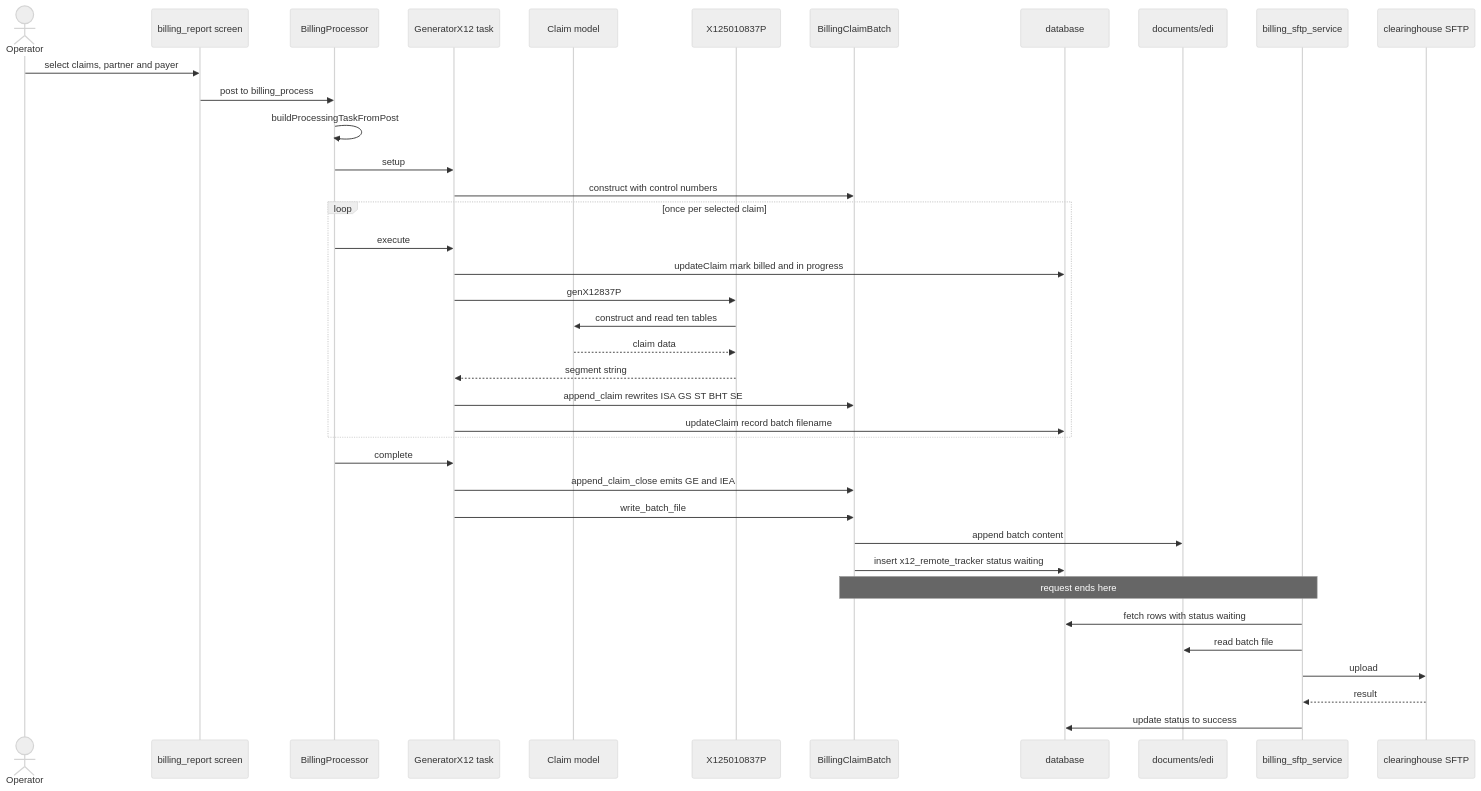
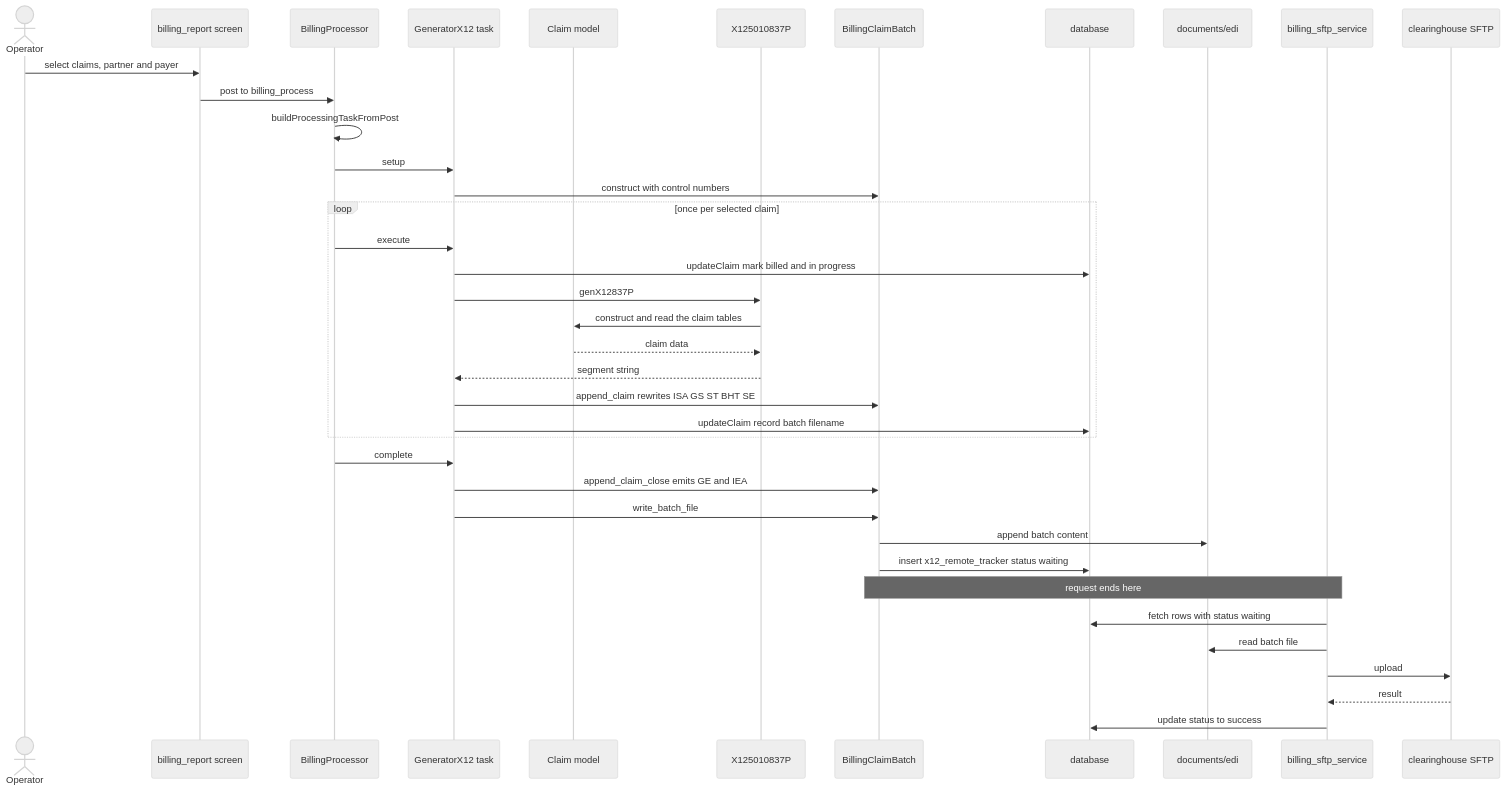
Before and after one commit to blitzy-public-samples/openemr: the second of 5 diagrams in docs/edi/claim-lifecycle.md, drawn with Mermaid (neutral theme). The commit also changed other lines of this file and 2 other files, not shown here.

````diff
--- a/docs/edi/claim-lifecycle.md
+++ b/docs/edi/claim-lifecycle.md
@@ -437,41 +456,41 @@
 ```mermaid
 sequenceDiagram
     actor Operator
     participant BM as billing_report screen
     participant BP as BillingProcessor
     participant GEN as GeneratorX12 task
     participant CLAIM as Claim model
     participant X837 as X125010837P
     participant BATCH as BillingClaimBatch
     participant DB as database
     participant FS as documents/edi
     participant SVC as billing_sftp_service
     participant CH as clearinghouse SFTP
 
     Operator->>BM: select claims, partner and payer
     BM->>BP: post to billing_process
     BP->>BP: buildProcessingTaskFromPost
     BP->>GEN: setup
     GEN->>BATCH: construct with control numbers
     loop once per selected claim
         BP->>GEN: execute
         GEN->>DB: updateClaim mark billed and in progress
         GEN->>X837: genX12837P
-        X837->>CLAIM: construct and read ten tables
+        X837->>CLAIM: construct and read the claim tables
         CLAIM-->>X837: claim data
         X837-->>GEN: segment string
         GEN->>BATCH: append_claim rewrites ISA GS ST BHT SE
         GEN->>DB: updateClaim record batch filename
     end
     BP->>GEN: complete
     GEN->>BATCH: append_claim_close emits GE and IEA
     GEN->>BATCH: write_batch_file
     BATCH->>FS: append batch content
     BATCH->>DB: insert x12_remote_tracker status waiting
     Note over BATCH,SVC: request ends here
     SVC->>DB: fetch rows with status waiting
     SVC->>FS: read batch file
     SVC->>CH: upload
     CH-->>SVC: result
     SVC->>DB: update status to success
 ```
````
